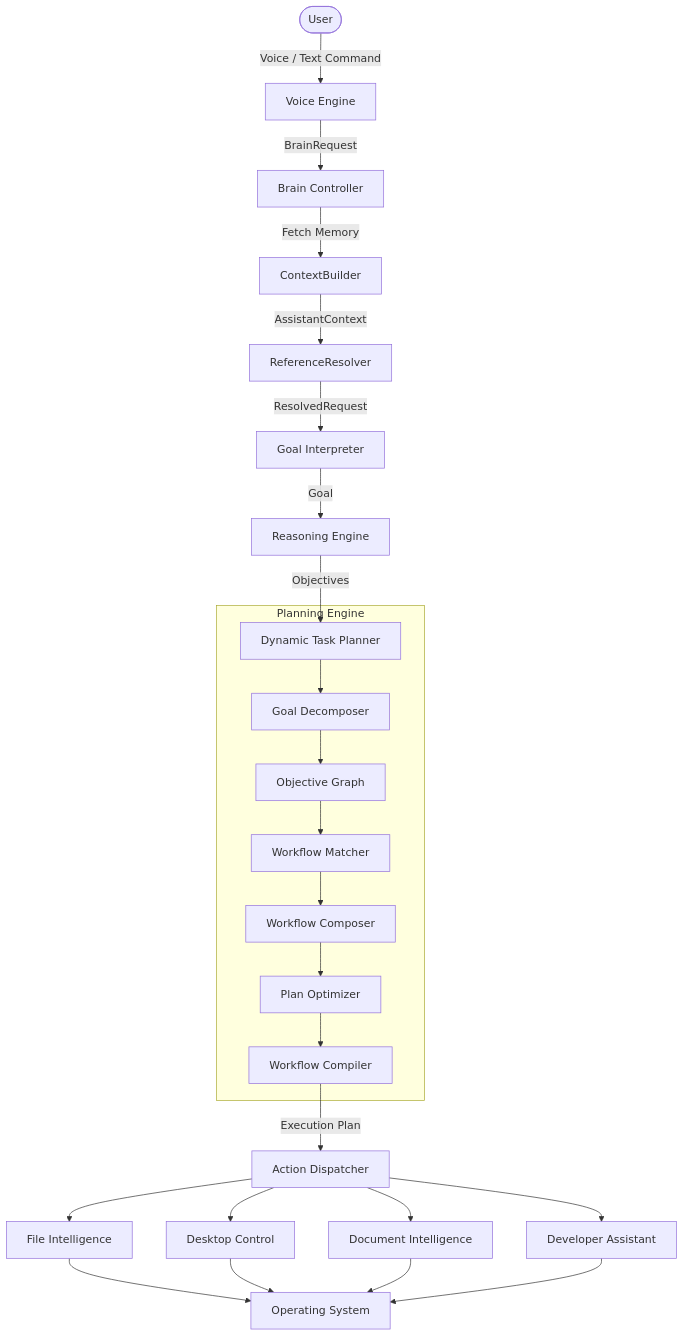
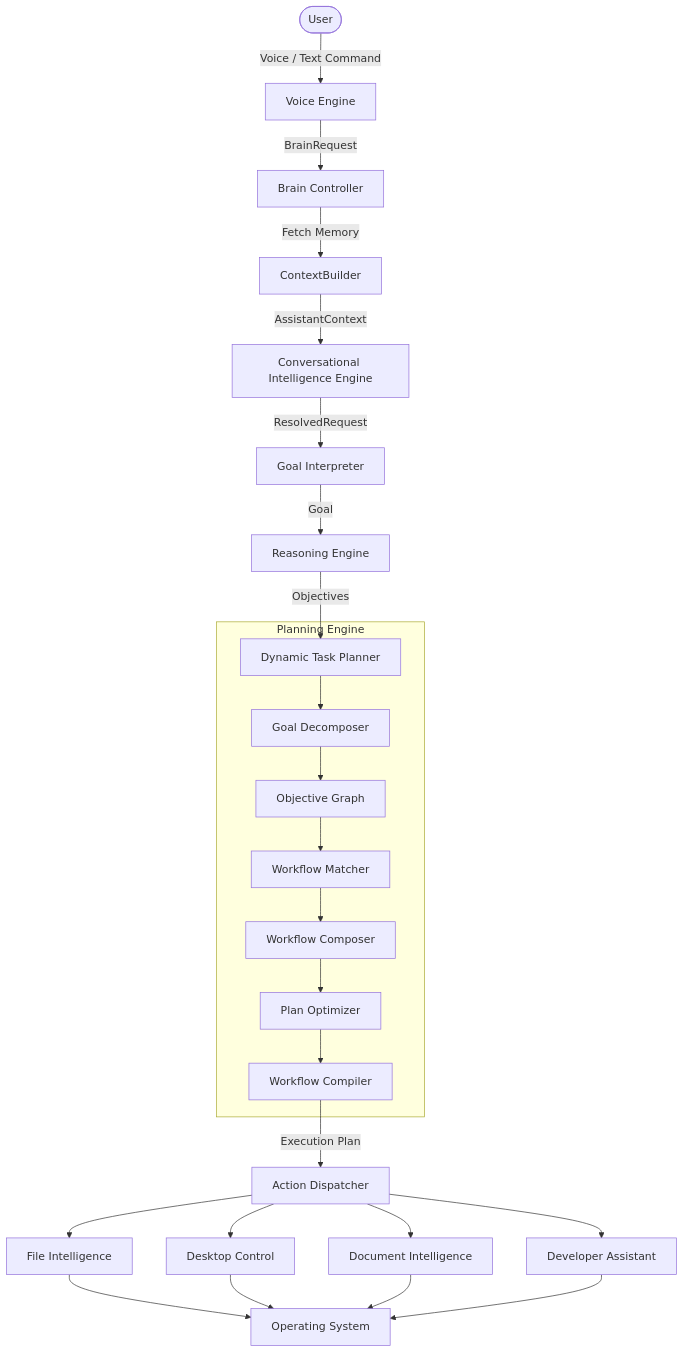
The diagram in README.md (Vish-0806/Auralis-voice-file-manager), drawn with Mermaid before and after one commit. The commit also changed other lines of this file and 8 other files, not shown here.

````diff
--- a/README.md
+++ b/README.md
@@ -112,31 +127,31 @@
 ```mermaid
 graph TD
     User([User]) -->|Voice / Text Command| VoiceEngine[Voice Engine]
     VoiceEngine -->|BrainRequest| BrainController[Brain Controller]
     BrainController -->|Fetch Memory| ContextBuilder[ContextBuilder]
-    ContextBuilder -->|AssistantContext| RefResolver[ReferenceResolver]
-    RefResolver -->|ResolvedRequest| GoalInterpreter[Goal Interpreter]
+    ContextBuilder -->|AssistantContext| ConvIntel[Conversational Intelligence Engine]
+    ConvIntel -->|ResolvedRequest| GoalInterpreter[Goal Interpreter]
     GoalInterpreter -->|Goal| ReasoningEngine[Reasoning Engine]
     ReasoningEngine -->|Objectives| TaskPlanner[Dynamic Task Planner]
     
     subgraph Planning Engine
         TaskPlanner --> GoalDecomposer[Goal Decomposer]
         GoalDecomposer --> ObjectiveGraph[Objective Graph]
         ObjectiveGraph --> WorkflowMatcher[Workflow Matcher]
         WorkflowMatcher --> WorkflowComposer[Workflow Composer]
         WorkflowComposer --> PlanOptimizer[Plan Optimizer]
         PlanOptimizer --> WorkflowCompiler[Workflow Compiler]
     end
     
     WorkflowCompiler -->|Execution Plan| Dispatcher[Action Dispatcher]
     
     Dispatcher --> FileIntel[File Intelligence]
     Dispatcher --> DesktopControl[Desktop Control]
     Dispatcher --> DocIntel[Document Intelligence]
     Dispatcher --> DevAssistant[Developer Assistant]
     
     FileIntel --> OS[Operating System]
     DesktopControl --> OS
     DocIntel --> OS
     DevAssistant --> OS
 ```
````
